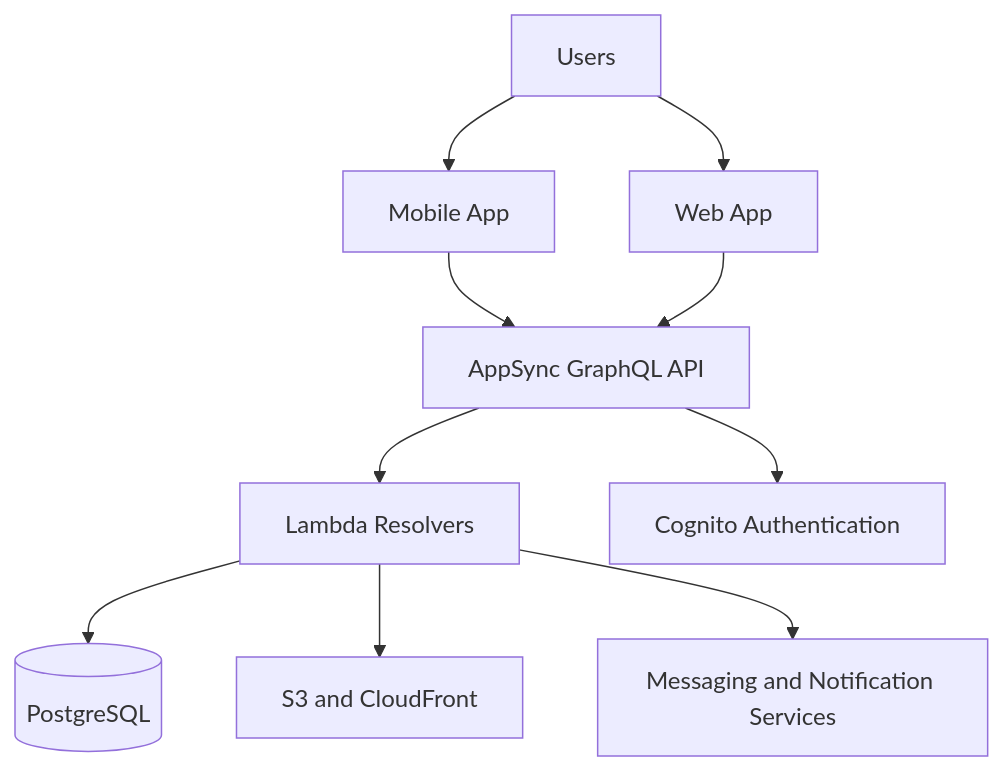
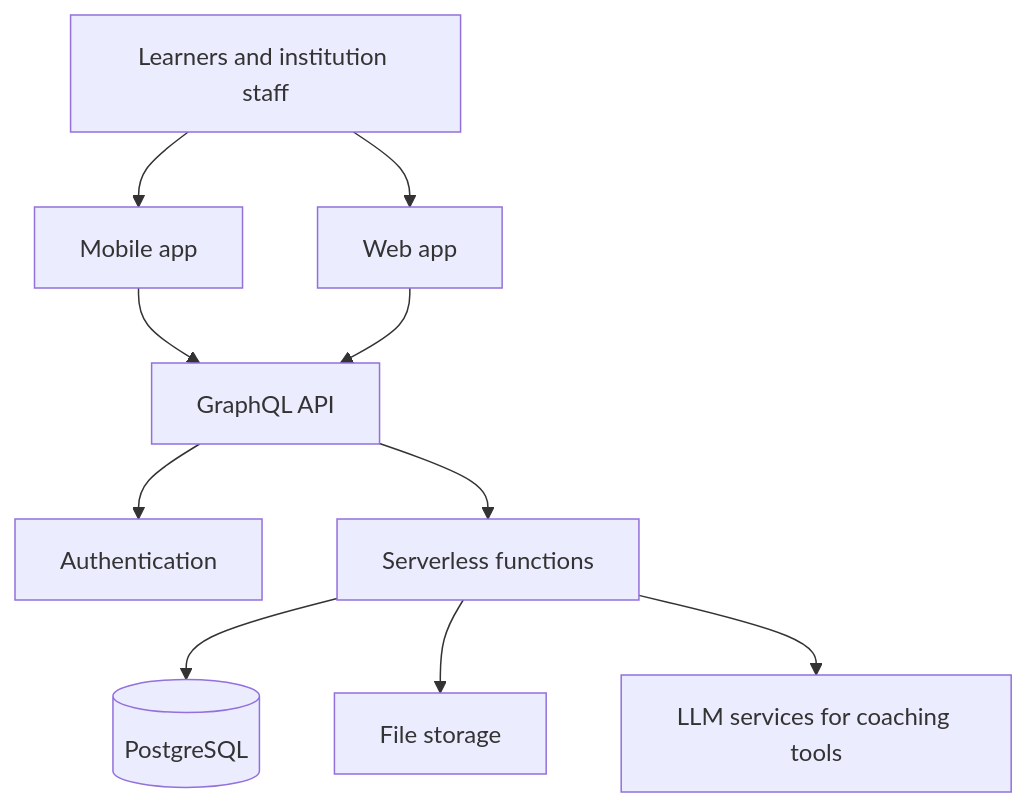
Before and after one commit to gokselkacar/selected-products: the diagram in products/start-employability-score-application.md, drawn with Mermaid. The commit also changed other lines of this file and 61 other files, not shown here.

````diff
--- a/products/start-employability-score-application.md
+++ b/products/start-employability-score-application.md
@@ -104,12 +65,12 @@
 ```mermaid
 flowchart TD
-    U[Users] --> M[Mobile App]
-    U --> W[Web App]
-    M --> G[AppSync GraphQL API]
+    U[Learners and institution staff] --> M[Mobile app]
+    U --> W[Web app]
+    M --> G[GraphQL API]
     W --> G
-    G --> L[Lambda Resolvers]
-    G --> I[Cognito Authentication]
-    L --> D[(PostgreSQL)]
-    L --> S[S3 and CloudFront]
-    L --> N[Messaging and Notification Services]
+    G --> A[Authentication]
+    G --> F[Serverless functions]
+    F --> D[(PostgreSQL)]
+    F --> S[File storage]
+    F --> L[LLM services for coaching tools]
 ```
````
